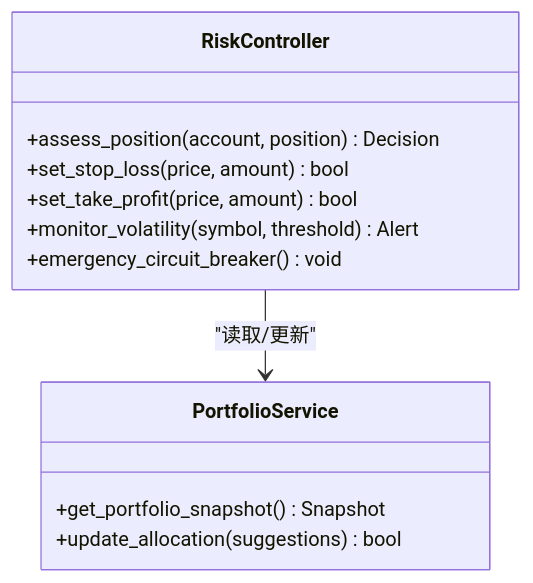
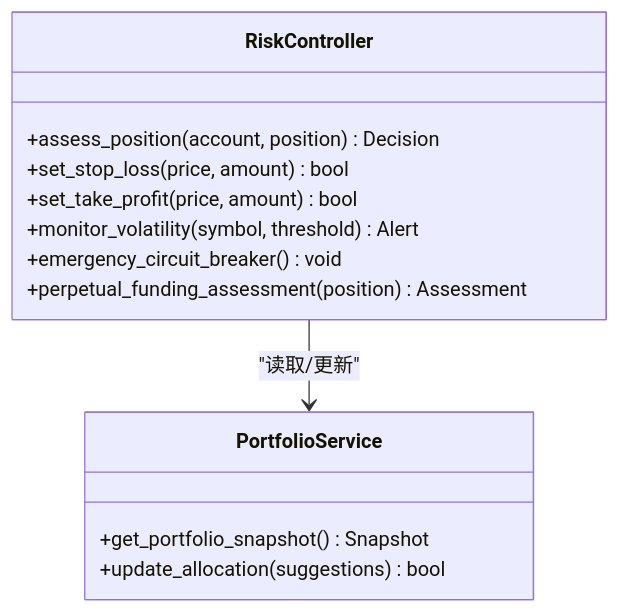
Before and after one commit to anYaoooo/daily_stock_analysis: the tenth of 12 diagrams in .qoder/repowiki/zh/content/API参考文档/加密货币交易API.md, drawn with Mermaid. The commit also changed other lines of this file and 29 other files, not shown here.

````diff
--- a/.qoder/repowiki/zh/content/API参考文档/加密货币交易API.md
+++ b/.qoder/repowiki/zh/content/API参考文档/加密货币交易API.md
@@ -282,15 +395,16 @@
 ```mermaid
 classDiagram
 class RiskController {
 +assess_position(account, position) Decision
 +set_stop_loss(price, amount) bool
 +set_take_profit(price, amount) bool
 +monitor_volatility(symbol, threshold) Alert
 +emergency_circuit_breaker() void
++perpetual_funding_assessment(position) Assessment
 }
 class PortfolioService {
 +get_portfolio_snapshot() Snapshot
 +update_allocation(suggestions) bool
 }
 RiskController --> PortfolioService : "读取/更新"
 ```
````
